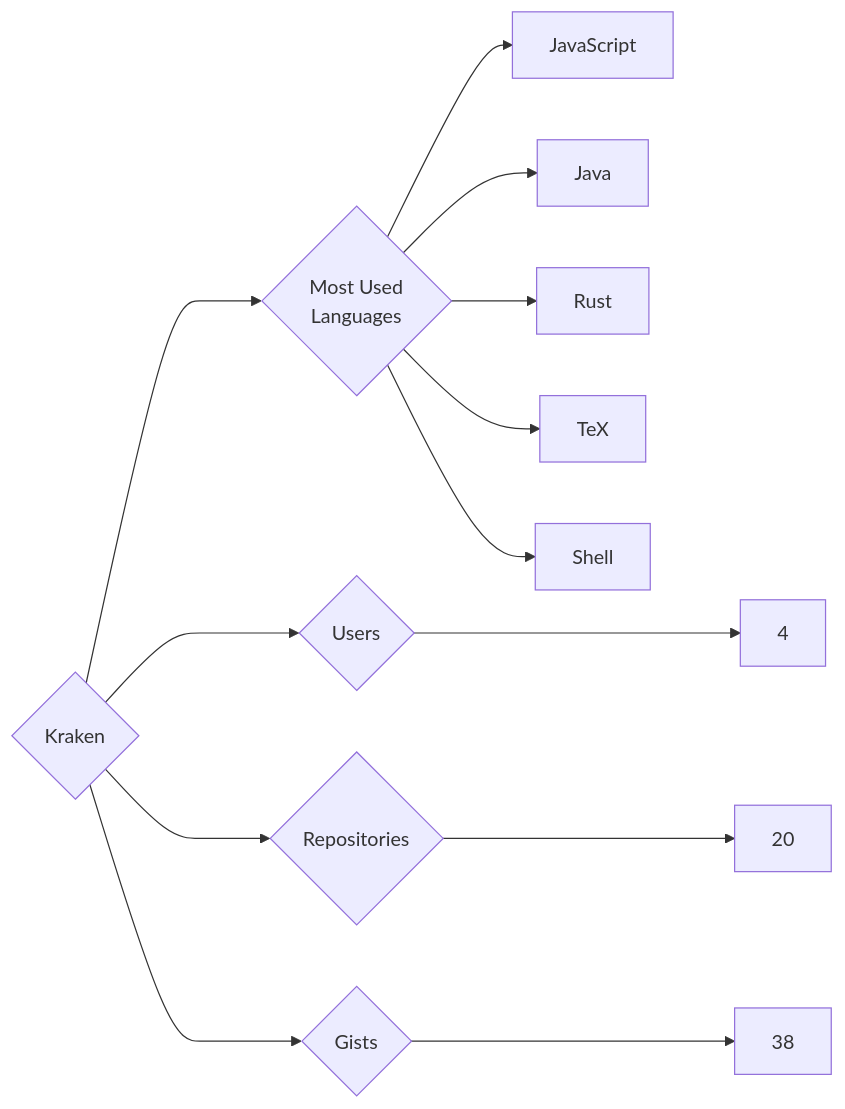
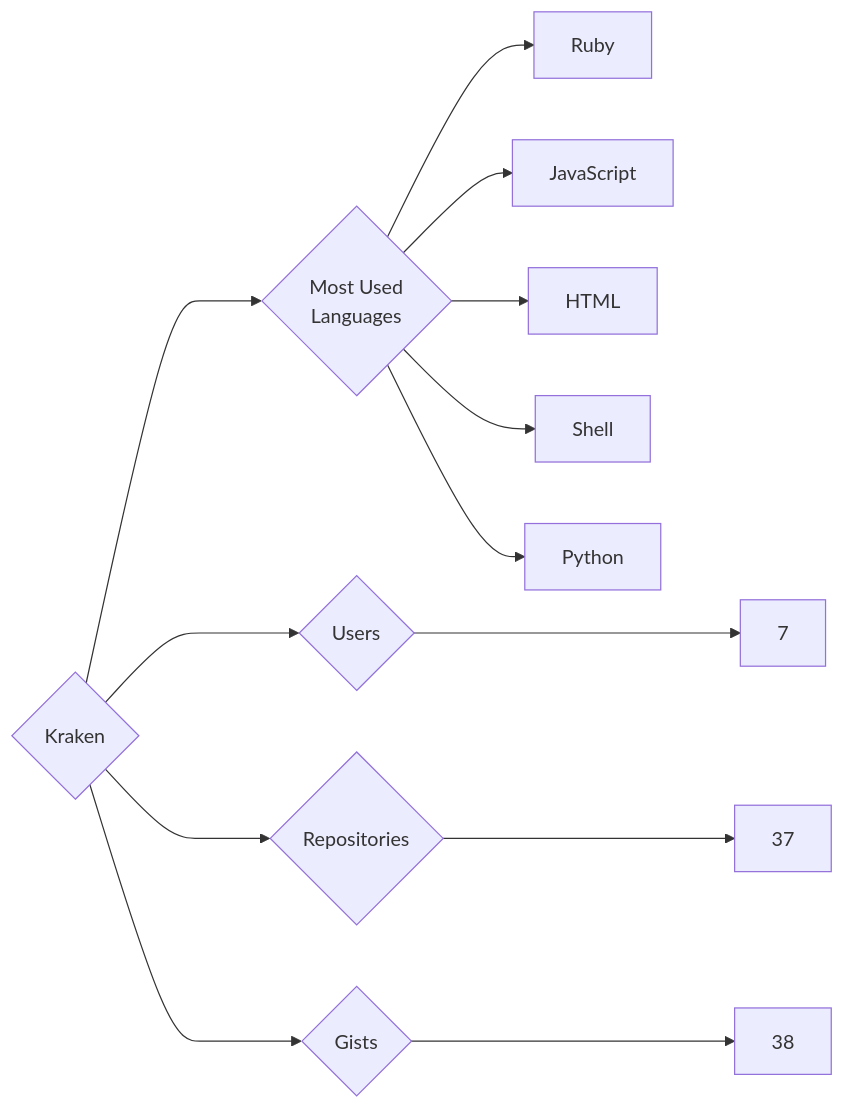
One commit to trickest/insiders changed the diagram in targets/Kraken/README.md. Above: the diagram before and after it, drawn with Mermaid. The commit also changed 1314 other files, not shown here.

````diff
--- a/targets/Kraken/README.md
+++ b/targets/Kraken/README.md
@@ -3,13 +3,13 @@
 ```mermaid
 graph LR
 COMPANY_NAME{Kraken}
-COMPANY_NAME ---> U{Users} ---> UN[4]
-COMPANY_NAME ---> R{Repositories} ---> RN[20]
+COMPANY_NAME ---> U{Users} ---> UN[7]
+COMPANY_NAME ---> R{Repositories} ---> RN[37]
 COMPANY_NAME ---> G{Gists} ---> GN[38]
 COMPANY_NAME ---> ML{Most Used<br>Languages}
+ML --> Ruby[Ruby]
 ML --> JavaScript[JavaScript]
-ML --> Java[Java]
-ML --> Rust[Rust]
-ML --> TeX[TeX]
+ML --> HTML[HTML]
 ML --> Shell[Shell]
+ML --> Python[Python]
 ```
````
